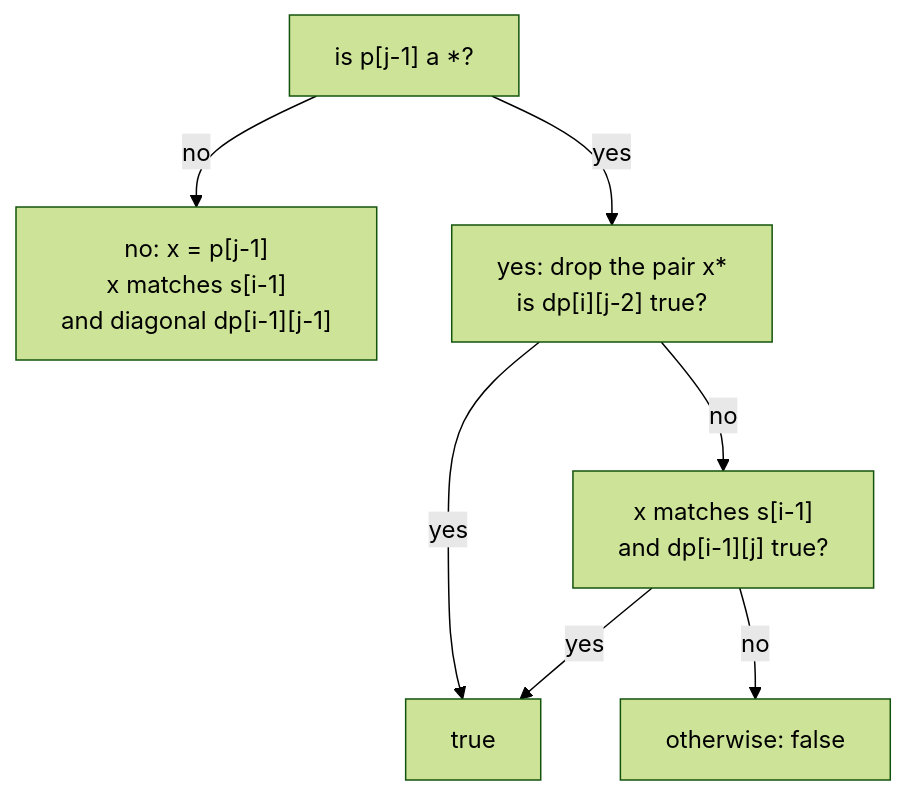
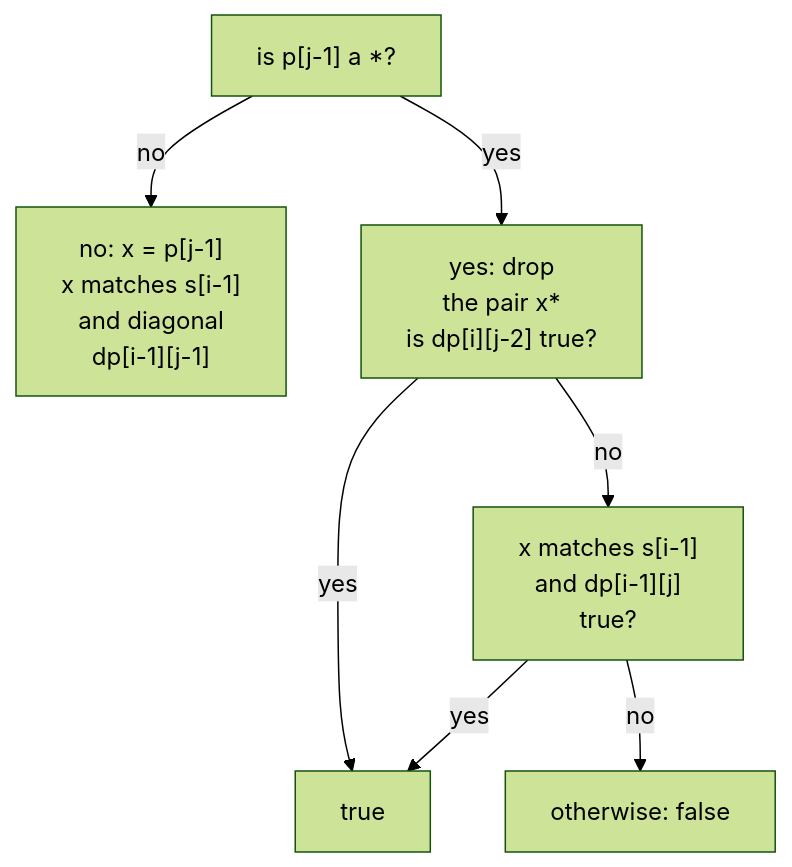
One commit to duongbui234/software-engineering-atlas changed the second of 2 diagrams in content/en/problems/regular-expression-matching.md. Above: the diagram before and after it, drawn with Mermaid (forest theme). The commit also changed 134 other files, not shown here.

First line of the commit message:
Fit every Mermaid diagram at 390px without sideways scroll (#56)

````diff
--- a/content/en/problems/regular-expression-matching.md
+++ b/content/en/problems/regular-expression-matching.md
@@ -94,15 +94,15 @@
 ```mermaid
 flowchart TB
   Q["is p[j-1] a *?"]
-  N["no: x = p[j-1]<br/>x matches s[i-1]<br/>and diagonal dp[i-1][j-1]"]
-  Z["yes: drop the pair x*<br/>is dp[i][j-2] true?"]
+  N["no: x = p[j-1]<br/>x matches s[i-1]<br/>and diagonal<br/>dp[i-1][j-1]"]
+  Z["yes: drop<br/>the pair x*<br/>is dp[i][j-2] true?"]
   T["true"]
-  M["x matches s[i-1]<br/>and dp[i-1][j] true?"]
+  M["x matches s[i-1]<br/>and dp[i-1][j]<br/>true?"]
   F["otherwise: false"]
   Q -->|no| N
   Q -->|yes| Z
   Z -->|yes| T
   Z -->|no| M
   M -->|yes| T
   M -->|no| F
 ```
````
